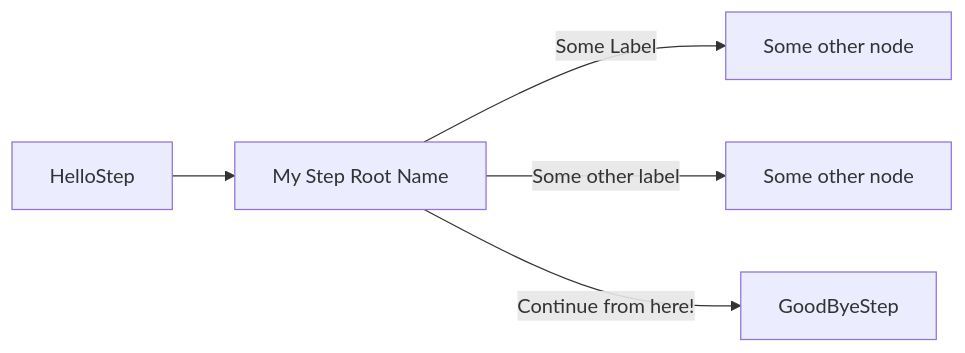
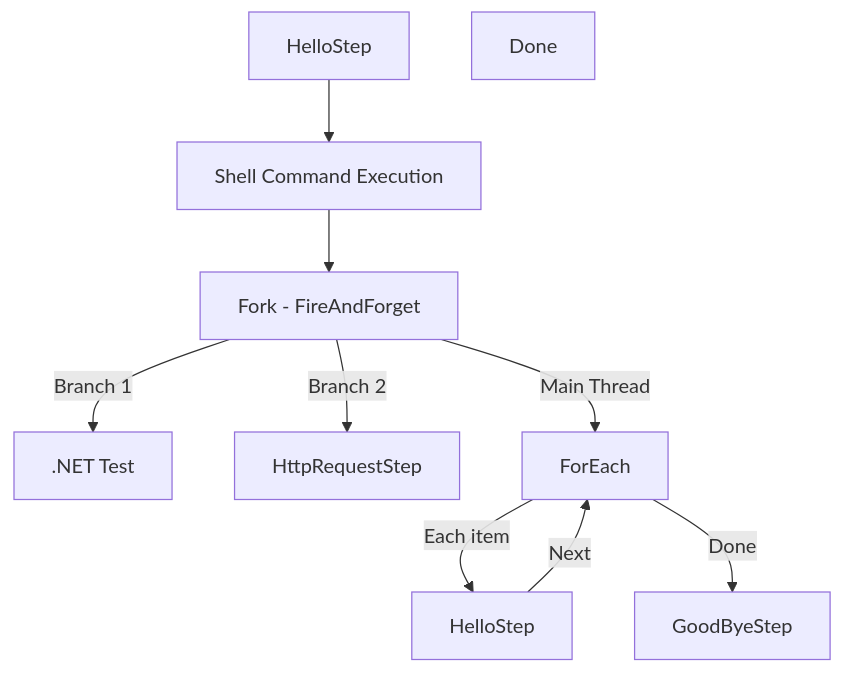
One commit to thiagomvas/FFlow changed the diagram in docs/features/visualization.md. Above: the diagram before and after it, drawn with Mermaid.

Commit message:
docs: Add valid mermaid diagram to documentation page

````diff
--- a/docs/features/visualization.md
+++ b/docs/features/visualization.md
@@ -38,12 +38,22 @@
 ```mermaid
-graph LR
+graph TD
     FFlow.Demo.HelloStep0[HelloStep]
-    FFlow.Demo.NoOpStep1[My Step Root Name]
-    FFlow.Demo.NoOpStep1_someNode[Some other node]
-    FFlow.Demo.NoOpStep1_someOtherNode[Some other node]
-    FFlow.Demo.GoodByeStep2[GoodByeStep]
-    FFlow.Demo.NoOpStep1 -->|Some Label| FFlow.Demo.NoOpStep1_someNode
-    FFlow.Demo.NoOpStep1 -->|Some other label| FFlow.Demo.NoOpStep1_someOtherNode
-    FFlow.Demo.HelloStep0 --> FFlow.Demo.NoOpStep1
-    FFlow.Demo.NoOpStep1 -->|Continue from here!| FFlow.Demo.GoodByeStep2
+    FFlow.Steps.Shell.RunCommandStep1[Shell Command Execution]
+    FFlow.ForkStep2[Fork - FireAndForget]
+    FFlow.ForkStep2_branch0_FFlow.Steps.DotNet.DotnetTestStep0[.NET Test]
+    FFlow.ForkStep2_branch1_FFlow.Steps.Http.HttpRequestStep0[HttpRequestStep]
+    FFlow.ForEachStep`23[ForEach<String>]
+    FFlow.ForEachStep`23_done[Done]
+    FFlow.ForEachStep`23_item_action[HelloStep]
+    FFlow.Demo.GoodByeStep4[GoodByeStep]
+    FFlow.Demo.HelloStep0 --> FFlow.Steps.Shell.RunCommandStep1
+    FFlow.ForkStep2 -->|Branch 1| FFlow.ForkStep2_branch0_FFlow.Steps.DotNet.DotnetTestStep0
+    FFlow.ForkStep2 -->|Branch 2| FFlow.ForkStep2_branch1_FFlow.Steps.Http.HttpRequestStep0
+    FFlow.Steps.Shell.RunCommandStep1 --> FFlow.ForkStep2
+    FFlow.ForEachStep`23 -->|Each item| FFlow.ForEachStep`23_item_action
+    FFlow.ForEachStep`23_item_action -->|Next| FFlow.ForEachStep`23
+    FFlow.ForkStep2 -->|Main Thread| FFlow.ForEachStep`23
+    FFlow.ForEachStep`23 -->|Done| FFlow.Demo.GoodByeStep4
+
+
 ```
````
